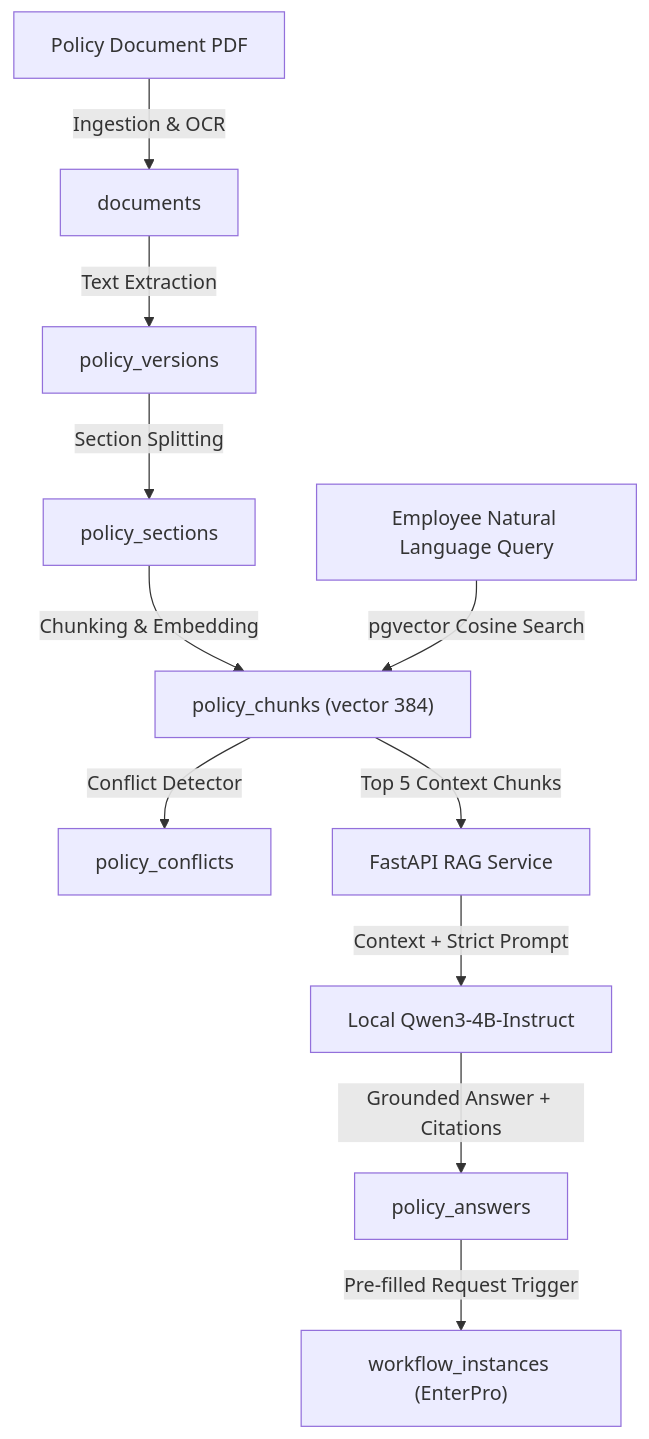
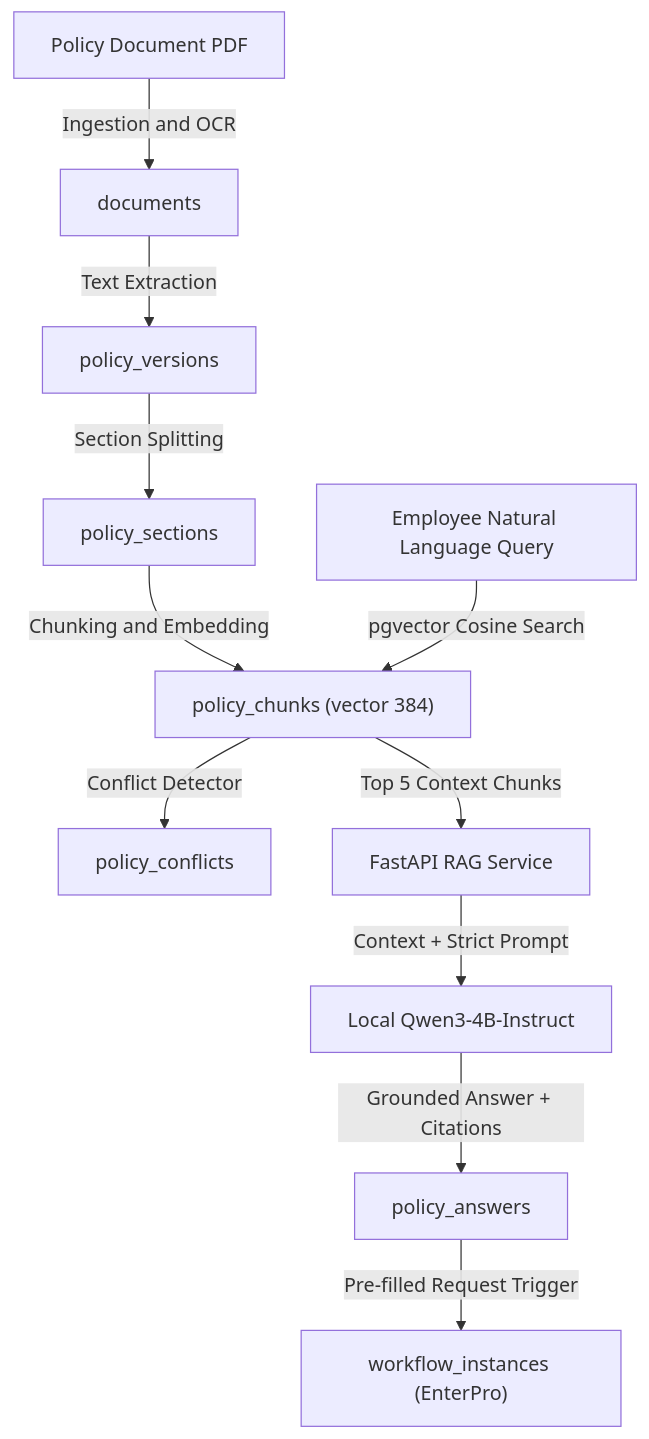
The sixth of 8 diagrams in docs/05-Database-API.md (sharancode3/WorkSense), drawn with Mermaid before and after one commit. The commit also changed other lines of this file and 9 other files, not shown here.

Commit message:
fix(docs): resolve Mermaid syntax parse errors across all markdown specifications

````diff
--- a/docs/05-Database-API.md
+++ b/docs/05-Database-API.md
@@ -268,14 +273,15 @@
 ```mermaid
 flowchart TD
-    P1["Policy Document PDF"] -->|Ingestion & OCR| P2["documents"]
-    P2 -->|Text Extraction| P3["policy_versions"]
-    P3 -->|Section Splitting| P4["policy_sections"]
-    P4 -->|Chunking & Embedding| P5["policy_chunks (vector 384)"]
-    P5 -->|Conflict Detector| P6["policy_conflicts"]
+    P1["Policy Document PDF"] -->|"Ingestion and OCR"| P2["documents"]
+    P2 -->|"Text Extraction"| P3["policy_versions"]
+    P3 -->|"Section Splitting"| P4["policy_sections"]
+    P4 -->|"Chunking and Embedding"| P5["policy_chunks (vector 384)"]
+    P5 -->|"Conflict Detector"| P6["policy_conflicts"]
     
-    Q1["Employee Natural Language Query"] -->|pgvector Cosine Search| P5
-    P5 -->|Top 5 Context Chunks| Q2["FastAPI RAG Service"]
-    Q2 -->|Context + Strict Prompt| Q3["Local Qwen3-4B-Instruct"]
-    Q3 -->|Grounded Answer + Citations| Q4["policy_answers"]
-    Q4 -->|Pre-filled Request Trigger| Q5["workflow_instances (EnterPro)"]
+    Q1["Employee Natural Language Query"] -->|"pgvector Cosine Search"| P5
+    P5 -->|"Top 5 Context Chunks"| Q2["FastAPI RAG Service"]
+    Q2 -->|"Context + Strict Prompt"| Q3["Local Qwen3-4B-Instruct"]
+    Q3 -->|"Grounded Answer + Citations"| Q4["policy_answers"]
+    Q4 -->|"Pre-filled Request Trigger"| Q5["workflow_instances (EnterPro)"]
+
 ```
````
